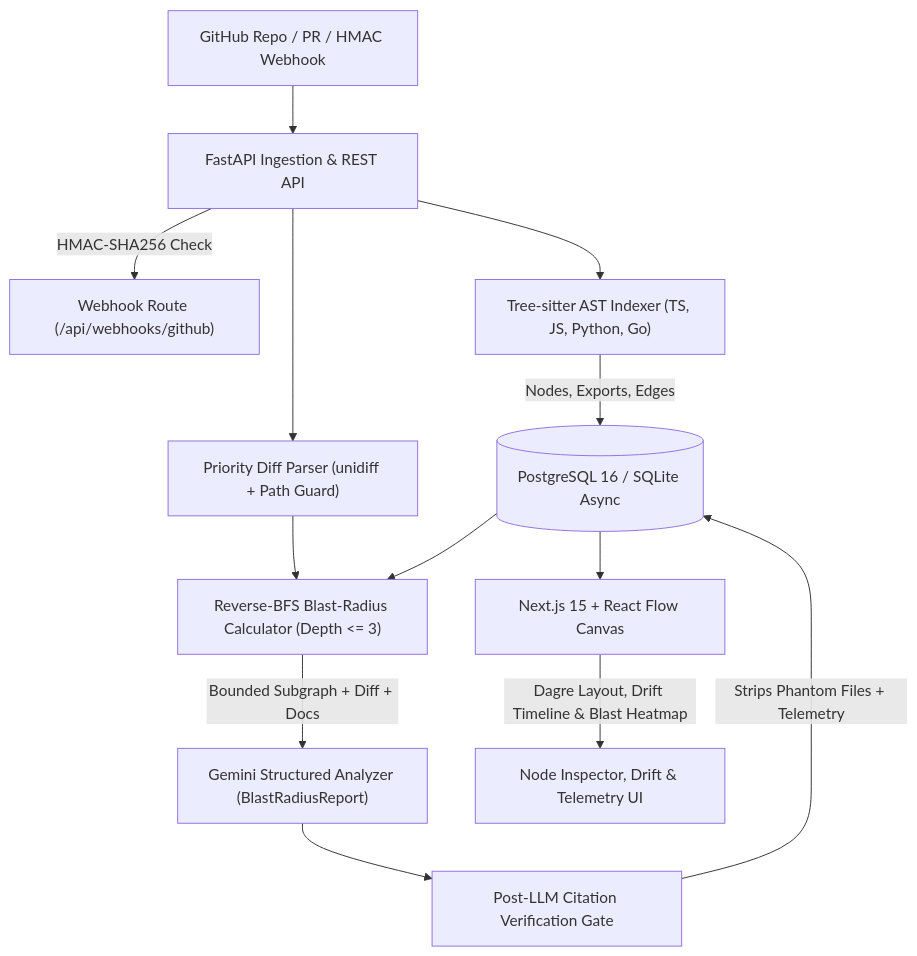
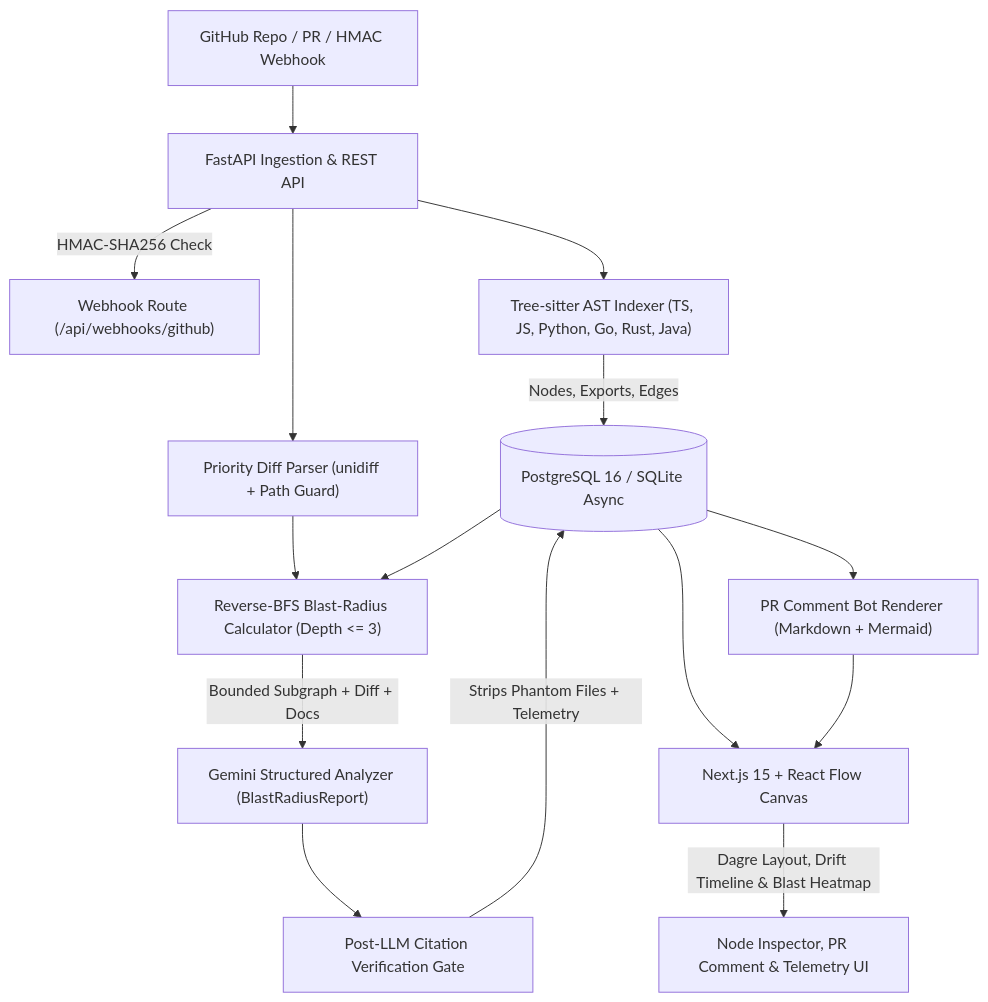
The diagram in README.md (Koe10121/archradar), drawn with Mermaid before and after one commit. The commit also changed other lines of this file and 46 other files, not shown here.

Commit message:
feat: complete Phase 7 PR comment bot, Rust/Java adapters, Go evals, and Vitest suite

````diff
--- a/README.md
+++ b/README.md
@@ -39,15 +39,17 @@
 ```mermaid
 flowchart TD
     GH["GitHub Repo / PR / HMAC Webhook"] --> API["FastAPI Ingestion & REST API"]
     API -->|"HMAC-SHA256 Check"| WH["Webhook Route (/api/webhooks/github)"]
-    API --> IDX["Tree-sitter AST Indexer (TS, JS, Python, Go)"]
+    API --> IDX["Tree-sitter AST Indexer (TS, JS, Python, Go, Rust, Java)"]
     IDX -->|"Nodes, Exports, Edges"| DB[("PostgreSQL 16 / SQLite Async")]
     API --> DIFF["Priority Diff Parser (unidiff + Path Guard)"]
     DIFF --> BFS["Reverse-BFS Blast-Radius Calculator (Depth <= 3)"]
     DB --> BFS
     BFS -->|"Bounded Subgraph + Diff + Docs"| AI["Gemini Structured Analyzer (BlastRadiusReport)"]
     AI --> GATE["Post-LLM Citation Verification Gate"]
     GATE -->|"Strips Phantom Files + Telemetry"| DB
+    DB --> BOT["PR Comment Bot Renderer (Markdown + Mermaid)"]
     DB --> WEB["Next.js 15 + React Flow Canvas"]
-    WEB -->|"Dagre Layout, Drift Timeline & Blast Heatmap"| UI["Node Inspector, Drift & Telemetry UI"]
+    BOT --> WEB
+    WEB -->|"Dagre Layout, Drift Timeline & Blast Heatmap"| UI["Node Inspector, PR Comment & Telemetry UI"]
 ```
````
